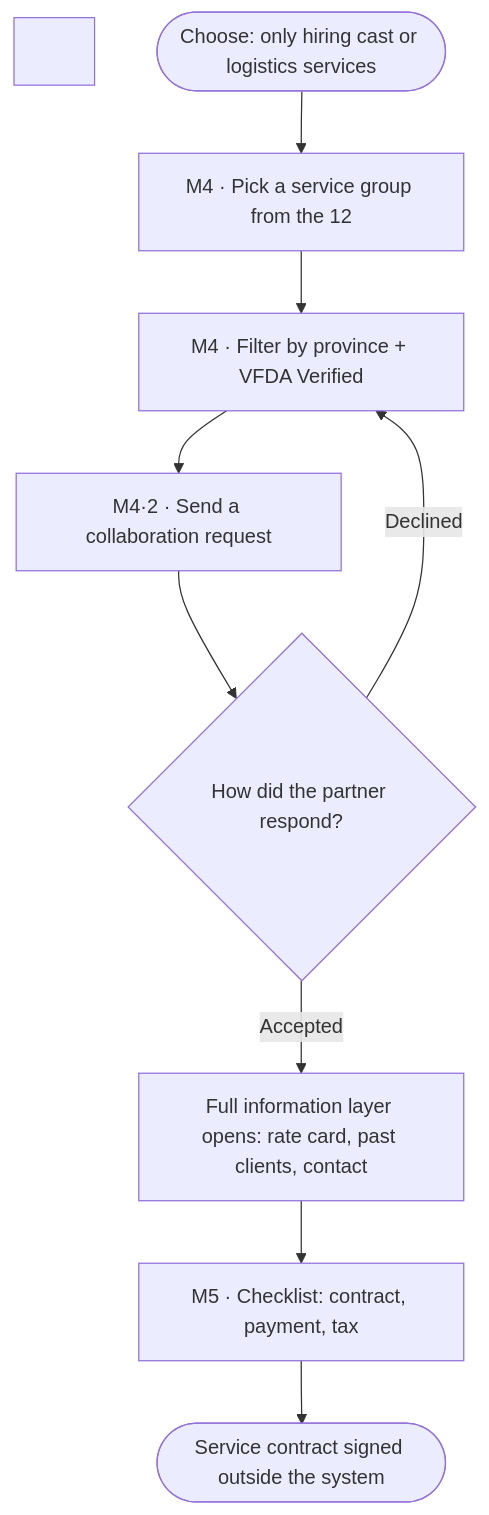
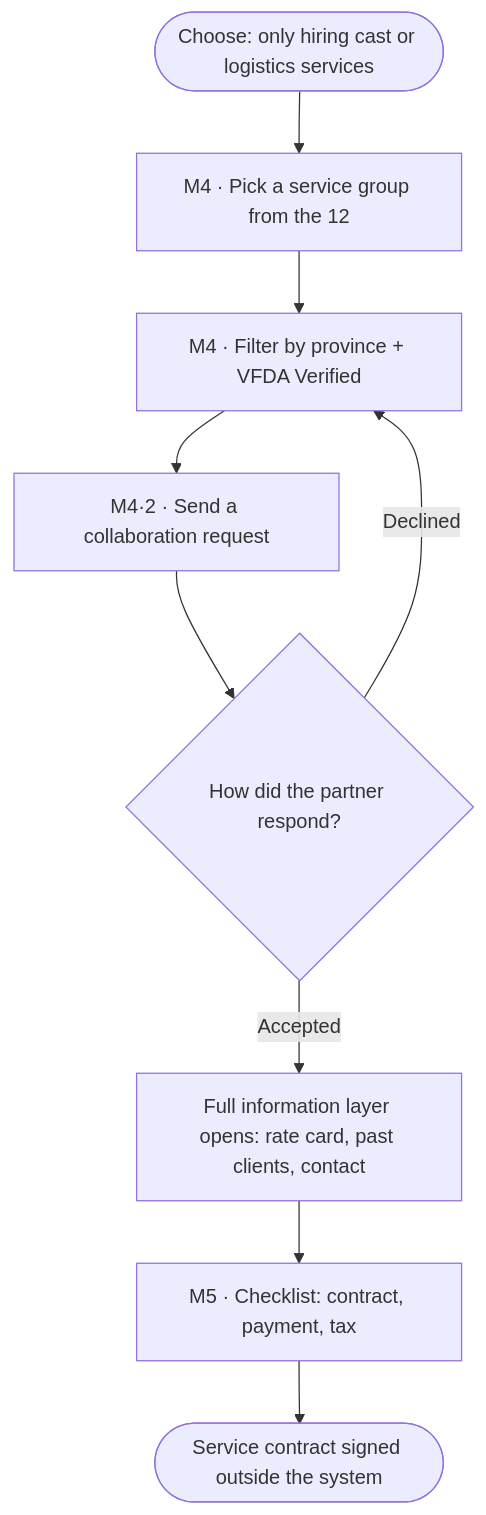
The second of 4 diagrams in docs/spec/spec-M4.md (namnt2005/CINEMATCH-DBIZ3.TeamC), drawn with Mermaid before and after one commit. The commit also changed other lines of this file and 176 other files, not shown here.

````diff
--- a/docs/spec/spec-M4.md
+++ b/docs/spec/spec-M4.md
@@ -120,11 +122,11 @@
 ```mermaid
 flowchart TD
-&nbsp;&nbsp;&nbsp;&nbsp;S([Choose: only hiring cast or logistics services]) --> G[M4 · Pick a service group from the 12]
-&nbsp;&nbsp;&nbsp;&nbsp;G --> F[M4 · Filter by province + VFDA Verified]
-&nbsp;&nbsp;&nbsp;&nbsp;F --> R[M4·2 · Send a collaboration request]
-&nbsp;&nbsp;&nbsp;&nbsp;R --> Q{How did the partner respond?}
-&nbsp;&nbsp;&nbsp;&nbsp;Q -- Declined --> F
-&nbsp;&nbsp;&nbsp;&nbsp;Q -- Accepted --> OPEN[Full information layer opens: rate card, past clients, contact]
-&nbsp;&nbsp;&nbsp;&nbsp;OPEN --> N[M5 · Checklist: contract, payment, tax]
-&nbsp;&nbsp;&nbsp;&nbsp;N --> E([Service contract signed outside the system])
+    S([Choose: only hiring cast or logistics services]) --> G[M4 · Pick a service group from the 12]
+    G --> F[M4 · Filter by province + VFDA Verified]
+    F --> R[M4·2 · Send a collaboration request]
+    R --> Q{How did the partner respond?}
+    Q -- Declined --> F
+    Q -- Accepted --> OPEN[Full information layer opens: rate card, past clients, contact]
+    OPEN --> N[M5 · Checklist: contract, payment, tax]
+    N --> E([Service contract signed outside the system])
 ```
````
